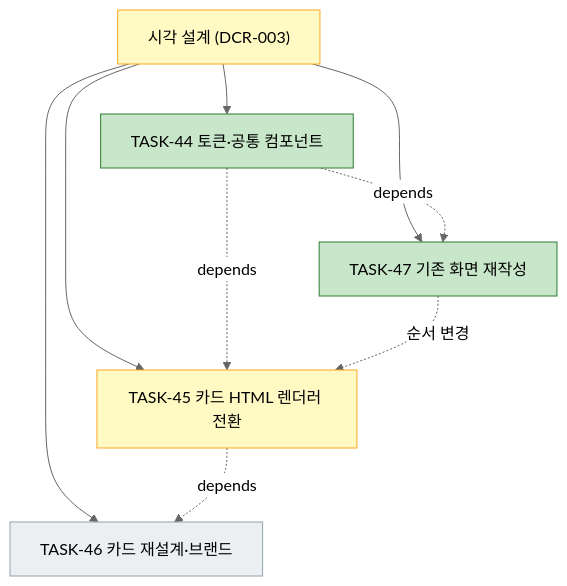
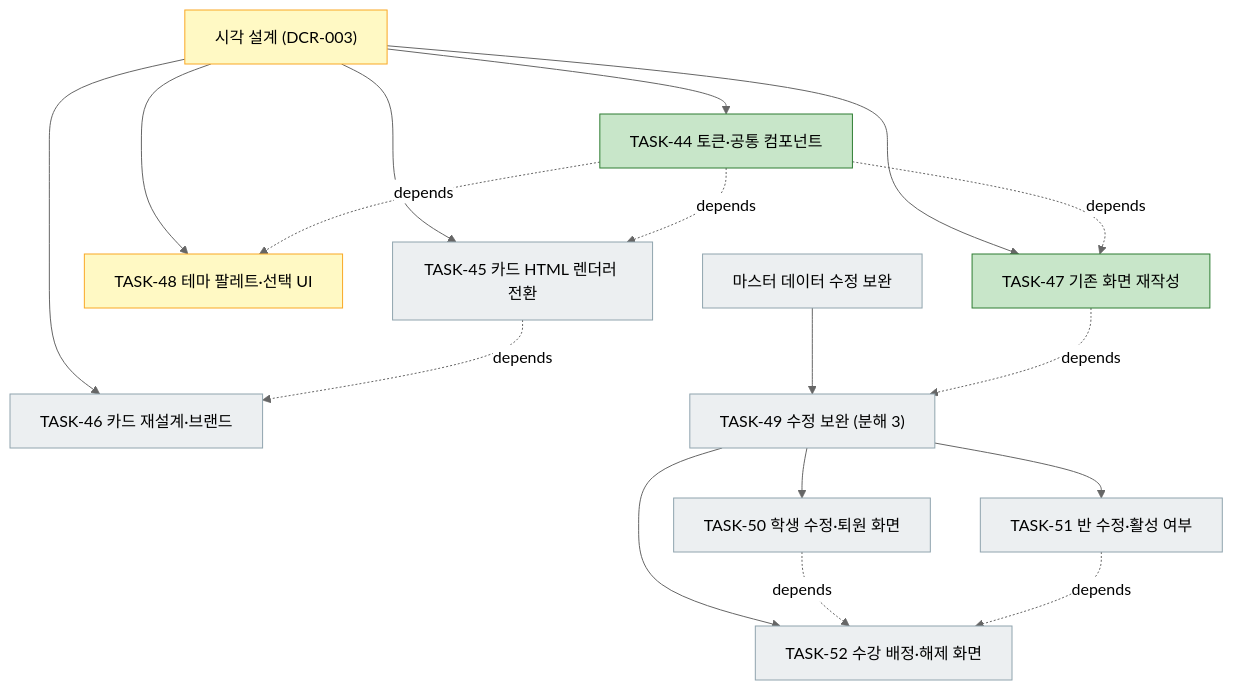
One commit to bluesky5008/mathdesk changed the fourth of 4 diagrams in docs/plan.md. Above: the diagram before and after it, drawn with Mermaid (neutral theme). The commit also changed other lines of this file and 6 other files, not shown here.

````diff
--- a/docs/plan.md
+++ b/docs/plan.md
@@ -211,15 +219,24 @@
 ```mermaid
 flowchart TD
     V["시각 설계 (DCR-003)"]:::active
     V --> T44["TASK-44 토큰·공통 컴포넌트"]:::done
     V --> T47["TASK-47 기존 화면 재작성"]:::done
-    V --> T45["TASK-45 카드 HTML 렌더러 전환"]:::active
+    V --> T48["TASK-48 테마 팔레트·선택 UI"]:::active
+    V --> T45["TASK-45 카드 HTML 렌더러 전환"]:::todo
     V --> T46["TASK-46 카드 재설계·브랜드"]:::todo
+    M["마스터 데이터 수정 보완"]:::todo
+    M --> T49["TASK-49 수정 보완 (분해 3)"]:::todo
+    T49 --> T50["TASK-50 학생 수정·퇴원 화면"]:::todo
+    T49 --> T51["TASK-51 반 수정·활성 여부"]:::todo
+    T49 --> T52["TASK-52 수강 배정·해제 화면"]:::todo
     T44 -. depends .-> T47
+    T44 -. depends .-> T48
     T44 -. depends .-> T45
     T45 -. depends .-> T46
-    T47 -. 순서 변경 .-> T45
+    T47 -. depends .-> T49
+    T50 -. depends .-> T52
+    T51 -. depends .-> T52
     classDef done fill:#c8e6c9,stroke:#2e7d32
     classDef active fill:#fff9c4,stroke:#f9a825
     classDef todo fill:#eceff1,stroke:#90a4ae
 ```
````
